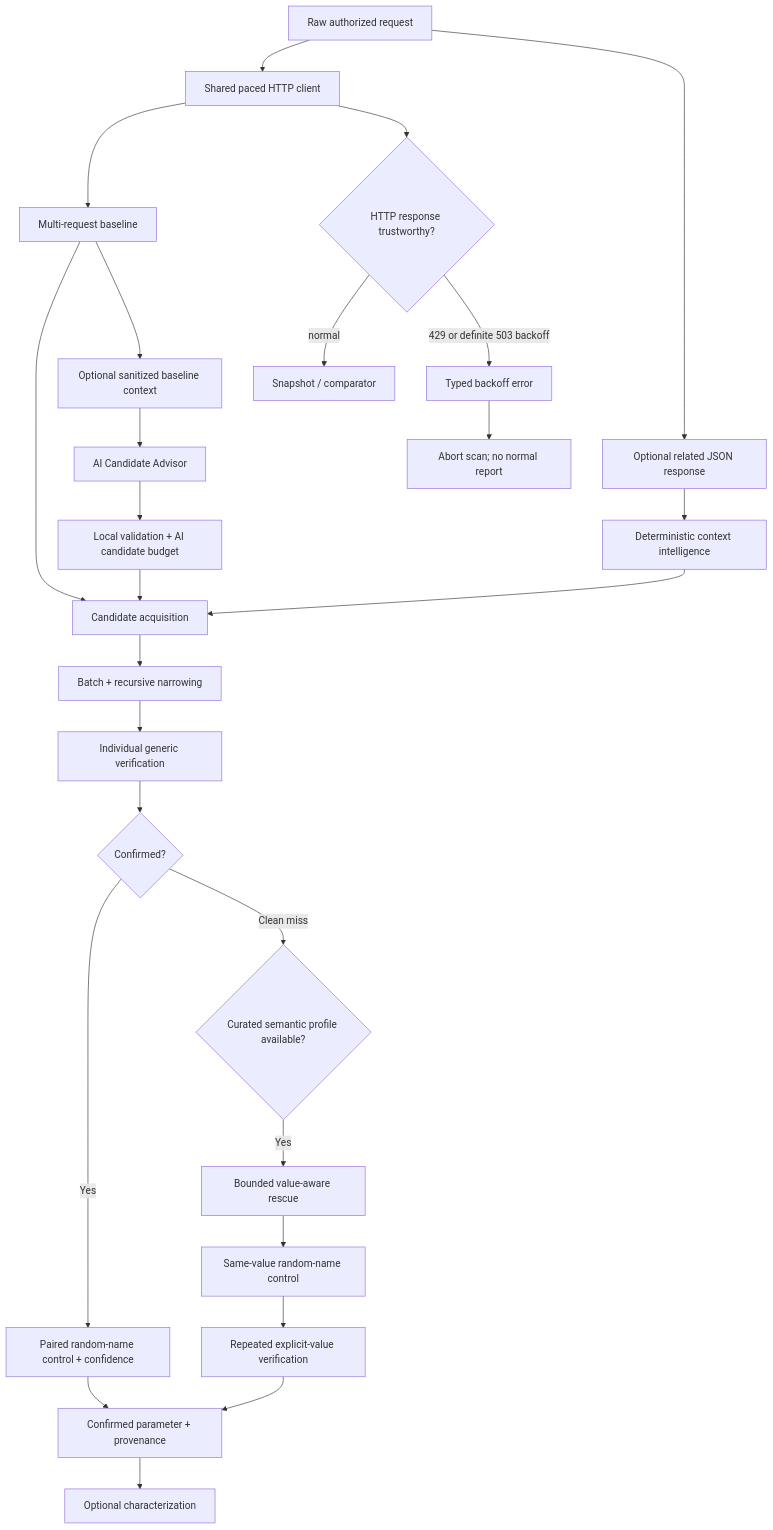
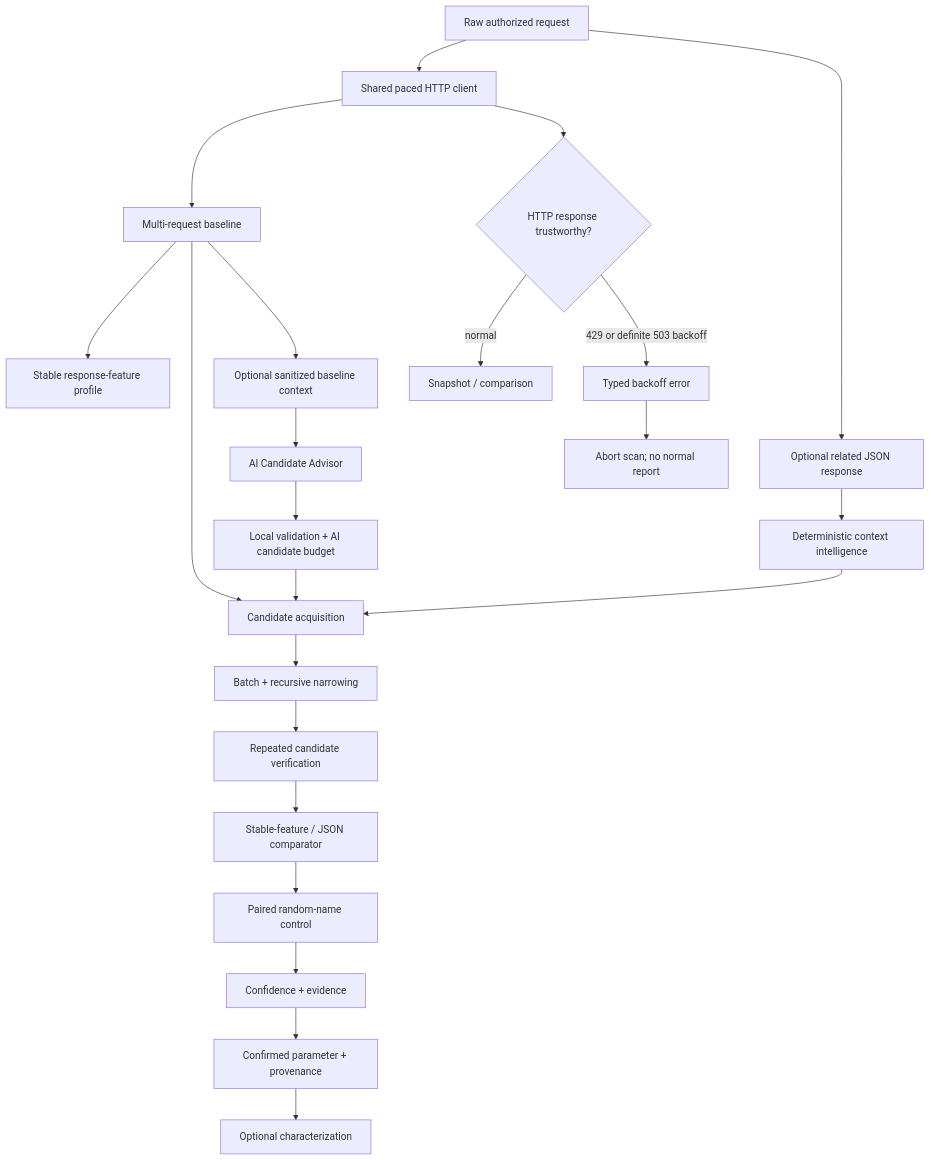
Before and after one commit to tobiasGuta/ParamIntel: the diagram in README.md, drawn with Mermaid. The commit also changed other lines of this file and 5 other files, not shown here.

````diff
--- a/README.md
+++ b/README.md
@@ -44,32 +75,29 @@
 ```mermaid
 flowchart TD
     A["Raw authorized request"] --> B["Shared paced HTTP client"]
     A --> C["Optional related JSON response"]
     C --> D["Deterministic context intelligence"]
 
     B --> E["Multi-request baseline"]
-    E --> F["Candidate acquisition"]
-    D --> F
+    E --> F["Stable response-feature profile"]
+    E --> G["Candidate acquisition"]
+    D --> G
 
-    E --> G["Optional sanitized baseline context"]
-    G --> H["AI Candidate Advisor"]
-    H --> I["Local validation + AI candidate budget"]
-    I --> F
+    E --> H["Optional sanitized baseline context"]
+    H --> I["AI Candidate Advisor"]
+    I --> J["Local validation + AI candidate budget"]
+    J --> G
 
-    F --> J["Batch + recursive narrowing"]
-    J --> K["Individual generic verification"]
-    K --> L{"Confirmed?"}
-    L -->|Yes| M["Paired random-name control + confidence"]
-    L -->|Clean miss| N{"Curated semantic profile available?"}
-    N -->|Yes| O["Bounded value-aware rescue"]
-    O --> P["Same-value random-name control"]
-    P --> Q["Repeated explicit-value verification"]
-    M --> R["Confirmed parameter + provenance"]
-    Q --> R
-    R --> S["Optional characterization"]
+    G --> K["Batch + recursive narrowing"]
+    K --> L["Repeated candidate verification"]
+    L --> M["Stable-feature / JSON comparator"]
+    M --> N["Paired random-name control"]
+    N --> O["Confidence + evidence"]
+    O --> P["Confirmed parameter + provenance"]
+    P --> Q["Optional characterization"]
 
-    B --> T{"HTTP response trustworthy?"}
-    T -->|normal| U["Snapshot / comparator"]
-    T -->|429 or definite 503 backoff| V["Typed backoff error"]
-    V --> W["Abort scan; no normal report"]
+    B --> R{"HTTP response trustworthy?"}
+    R -->|normal| S["Snapshot / comparison"]
+    R -->|429 or definite 503 backoff| T["Typed backoff error"]
+    T --> U["Abort scan; no normal report"]
 ```
````
